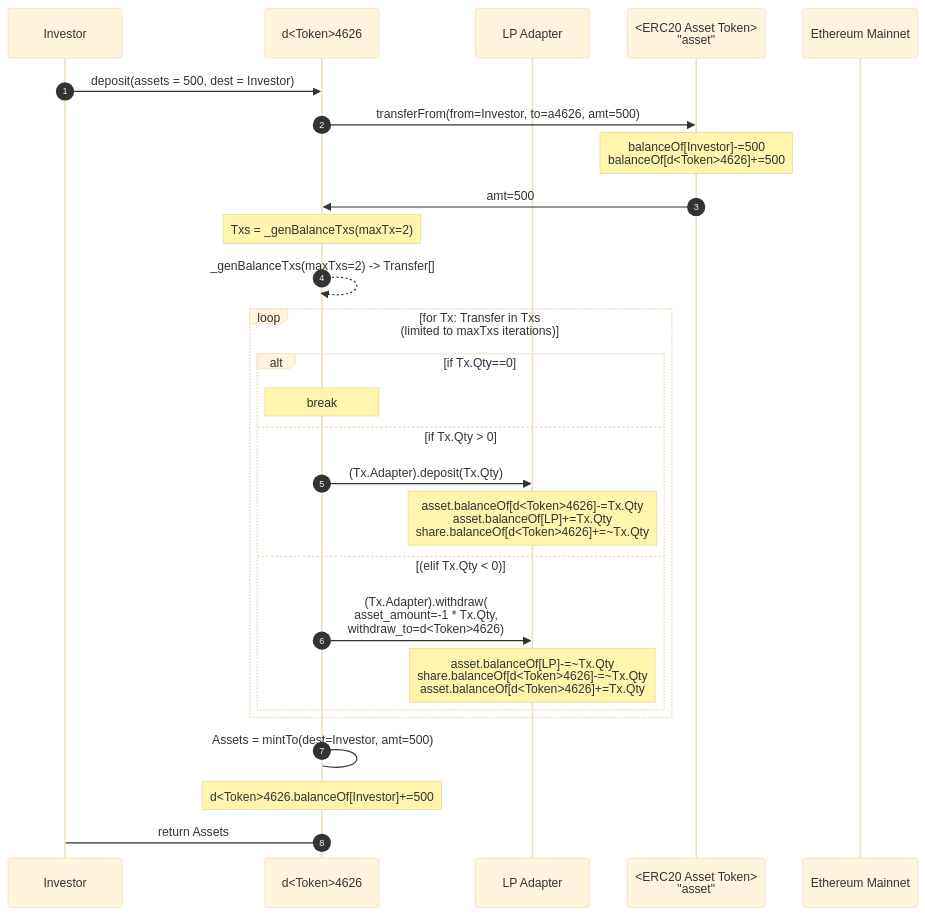
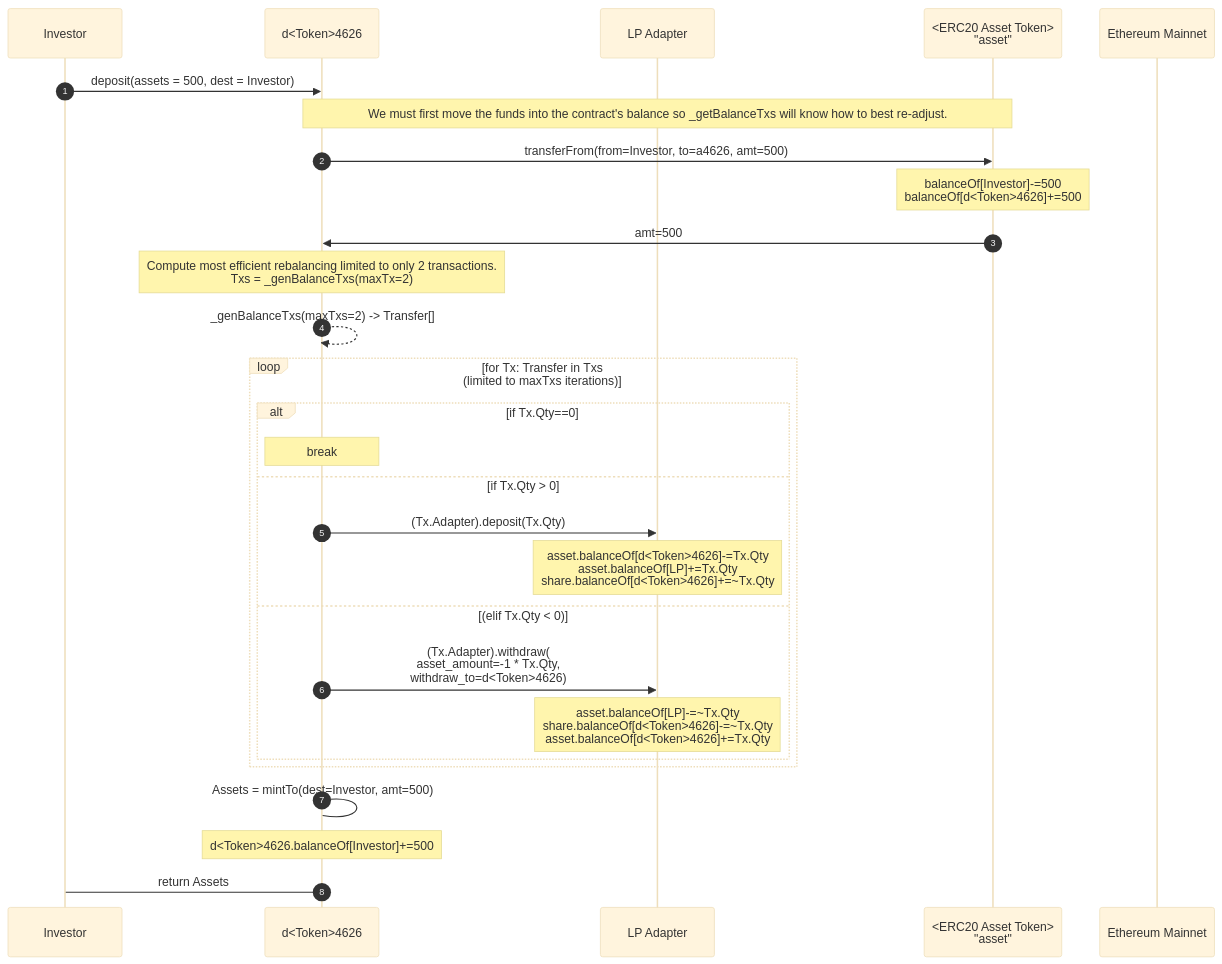
One commit to DynamoFinance/vault changed the first of 2 diagrams in docs/Dynamo4626.md. Above: the diagram before and after it, drawn with Mermaid (base theme). The commit also changed other lines of this file, not shown here.

Commit message:
Small corrections.

````diff
--- a/docs/Dynamo4626.md
+++ b/docs/Dynamo4626.md
@@ -52,41 +52,43 @@
 ```mermaid
 sequenceDiagram
     participant u as Investor
     participant a4626 as d<Token>4626
     participant lpa as LP Adapter
     participant asset as <ERC20 Asset Token><br>"asset"
     #participant lp as LP
     #participant share as <ERC20 LP Share>
     participant eth as Ethereum Mainnet
     
     autonumber
     u->>a4626:deposit(assets = 500, dest = Investor)
 
+        note over a4626, asset: We must first move the funds into the contract's balance so _getBalanceTxs will know how to best re-adjust.       
         a4626->>asset: transferFrom(from=Investor, to=a4626, amt=500)
         Note over asset: balanceOf[Investor]-=500<br>balanceOf[d<Token>4626]+=500
         asset->>a4626: amt=500
         
-        Note over a4626: Txs = _genBalanceTxs(maxTx=2)
+  
+        Note over a4626: Compute most efficient rebalancing limited to only 2 transactions.<br>Txs = _genBalanceTxs(maxTx=2)
         a4626-->>a4626: _genBalanceTxs(maxTxs=2) -> Transfer[]
         loop for Tx: Transfer in Txs<br>(limited to maxTxs iterations)
             alt if Tx.Qty==0
                 note over a4626: break
             else if Tx.Qty > 0
                 a4626->>lpa: (Tx.Adapter).deposit(Tx.Qty)
                     note over lpa: asset.balanceOf[d<Token>4626]-=Tx.Qty<br>asset.balanceOf[LP]+=Tx.Qty<br>share.balanceOf[d<Token>4626]+=~Tx.Qty
                         
             else (elif Tx.Qty < 0)
                 a4626->>lpa: (Tx.Adapter).withdraw(<br>asset_amount=-1 * Tx.Qty,<br>withdraw_to=d<Token>4626)
                     note over lpa: asset.balanceOf[LP]-=~Tx.Qty<br>share.balanceOf[d<Token>4626]-=~Tx.Qty<br>asset.balanceOf[d<Token>4626]+=Tx.Qty
             end
         end
         
         a4626->a4626: Assets = mintTo(dest=Investor, amt=500)
             note over a4626:d<Token>4626.balanceOf[Investor]+=500
         
         a4626->u: return Assets
         
                  
     
     
 ```
````
